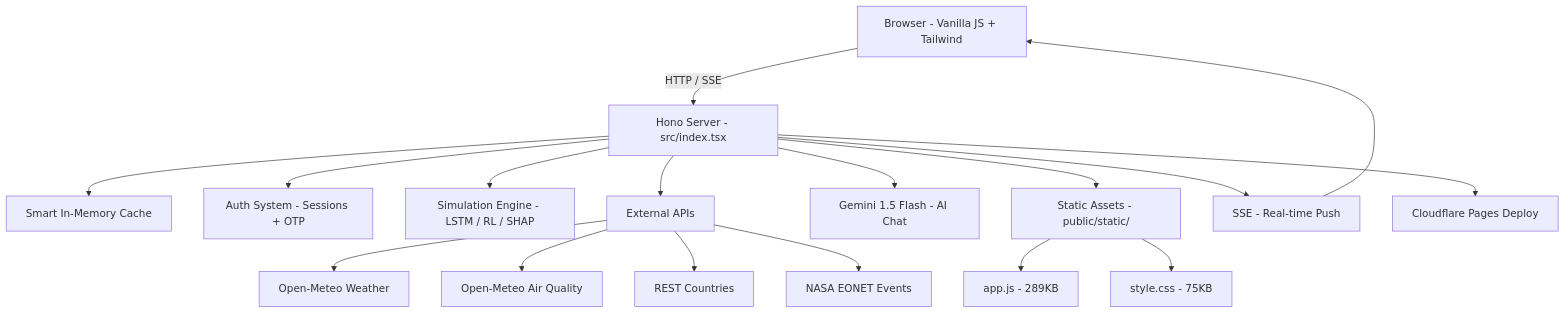
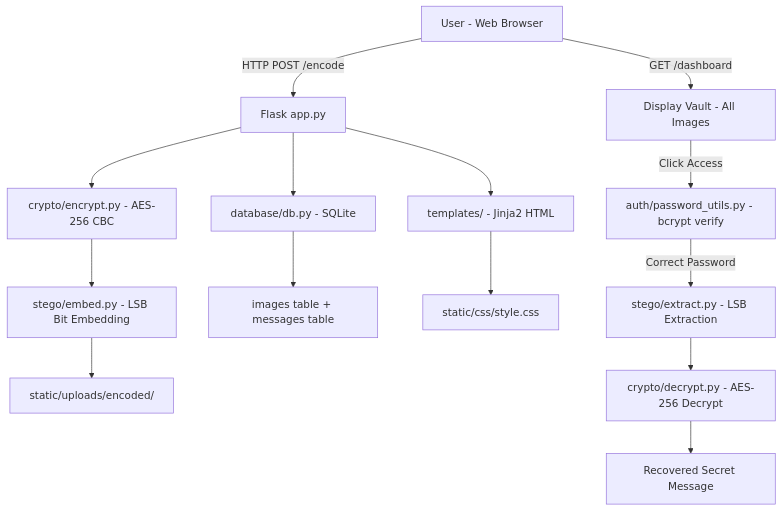
One commit to jeswanth90630/Ecotwin changed the diagram in README.md. Above: the diagram before and after it, drawn with Mermaid. The commit also changed other lines of this file, not shown here.

````diff
--- a/README.md
+++ b/README.md
@@ -193,19 +156,18 @@
 ```mermaid
 graph TD
-    A["Browser - Vanilla JS + Tailwind"] -->|HTTP / SSE| B["Hono Server - src/index.tsx"]
-    B --> C["Smart In-Memory Cache"]
-    B --> D["Auth System - Sessions + OTP"]
-    B --> E["Simulation Engine - LSTM / RL / SHAP"]
-    B --> F["External APIs"]
-    F --> G["Open-Meteo Weather"]
-    F --> H["Open-Meteo Air Quality"]
-    F --> I["REST Countries"]
-    F --> J["NASA EONET Events"]
-    B --> K["Gemini 1.5 Flash - AI Chat"]
-    B --> L["Static Assets - public/static/"]
-    L --> M["app.js - 289KB"]
-    L --> N["style.css - 75KB"]
-    B --> O["SSE - Real-time Push"]
-    O --> A
-    B --> Q["Cloudflare Pages Deploy"]
+    A["User - Web Browser"] -->|HTTP POST /encode| B["Flask app.py"]
+    B --> C["crypto/encrypt.py - AES-256 CBC"]
+    C --> D["stego/embed.py - LSB Bit Embedding"]
+    D --> E["static/uploads/encoded/"]
+    B --> F["database/db.py - SQLite"]
+    F --> G["images table + messages table"]
+    
+    A -->|GET /dashboard| H["Display Vault - All Images"]
+    H -->|Click Access| I["auth/password_utils.py - bcrypt verify"]
+    I -->|Correct Password| J["stego/extract.py - LSB Extraction"]
+    J --> K["crypto/decrypt.py - AES-256 Decrypt"]
+    K --> L["Recovered Secret Message"]
+    
+    B --> M["templates/ - Jinja2 HTML"]
+    M --> N["static/css/style.css"]
 ```
````
